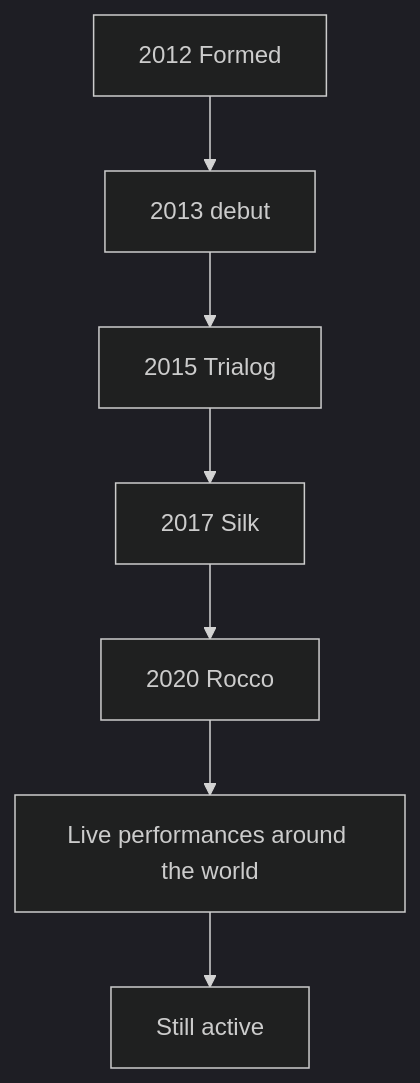
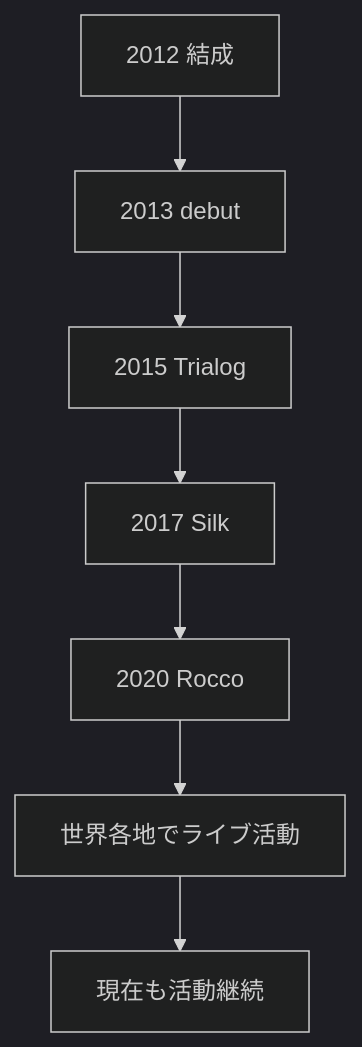
Before and after one commit to monumental-movement/monumental-movement.github.io: diagram 12 of 12 in en/_posts/2026-07-19-column-hvob.md, drawn with Mermaid (dark theme). The commit also changed other lines of this file and 2196 other files, not shown here.

```diff
--- a/en/_posts/2026-07-19-column-hvob.md
+++ b/en/_posts/2026-07-19-column-hvob.md
@@ -867,16 +867,16 @@
 <div class="mermaid">
 graph TD
 
-A[2012 Formed]
+A[2012 結成]
 --> B[2013 debut]
 
 B --> C[2015 Trialog]
 
 C --> D[2017 Silk]
 
 D --> E[2020 Rocco]
 
-E --> F[Live performances around the world]
+E --> F[世界各地でライブ活動]
 
-F --> G[Still active]
+F --> G[現在も活動継続]
 </div>
```
